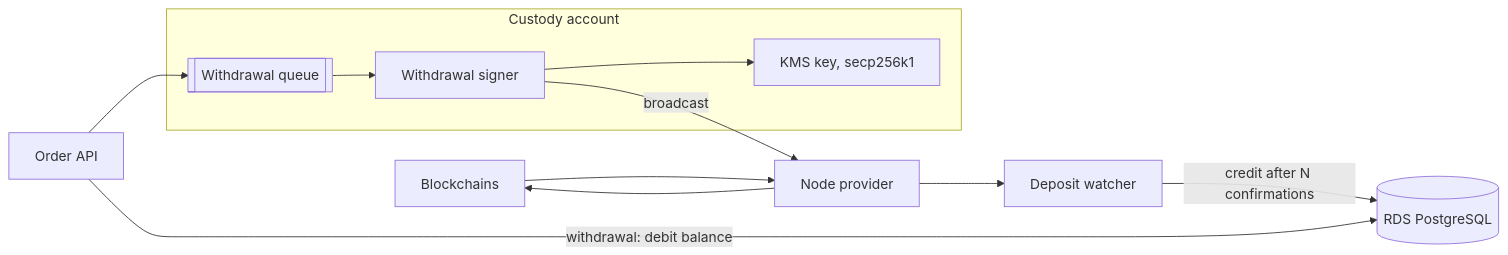
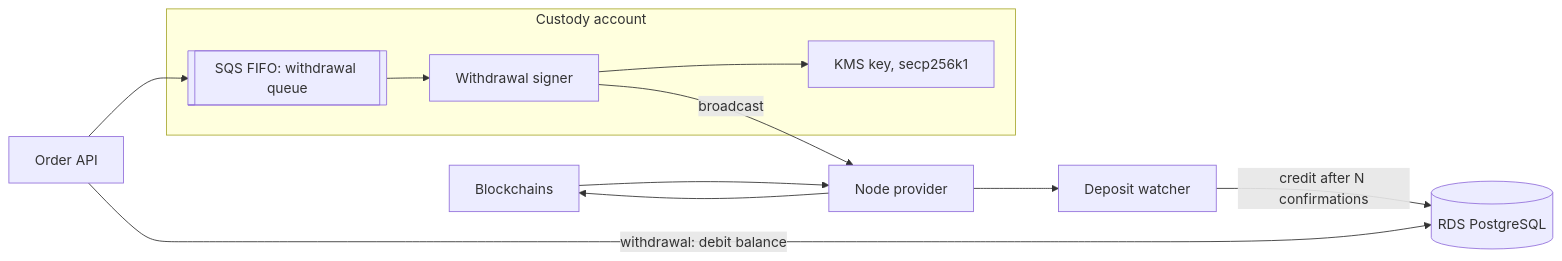
The third of 4 diagrams in src/problem1/SOLUTION.md (knightus/99tech-devops-challenge), drawn with Mermaid before and after one commit. The commit also changed other lines of this file, not shown here.

Commit message:
docs: add AWS deployment diagram and resource table to Problem 1

````diff
--- a/src/problem1/SOLUTION.md
+++ b/src/problem1/SOLUTION.md
@@ -50,11 +129,11 @@
 ```mermaid
 flowchart LR
   CH[Blockchains] --> NP[Node provider]
   NP --> DW[Deposit watcher] -->|credit after N confirmations| DB[(RDS PostgreSQL)]
   API[Order API] -->|withdrawal: debit balance| DB
-  API --> Q[[Withdrawal queue]]
+  API --> Q[[SQS FIFO: withdrawal queue]]
   subgraph Custody account
     Q --> WS[Withdrawal signer] --> KMS[KMS key, secp256k1]
   end
   WS -->|broadcast| NP --> CH
 ```
````
